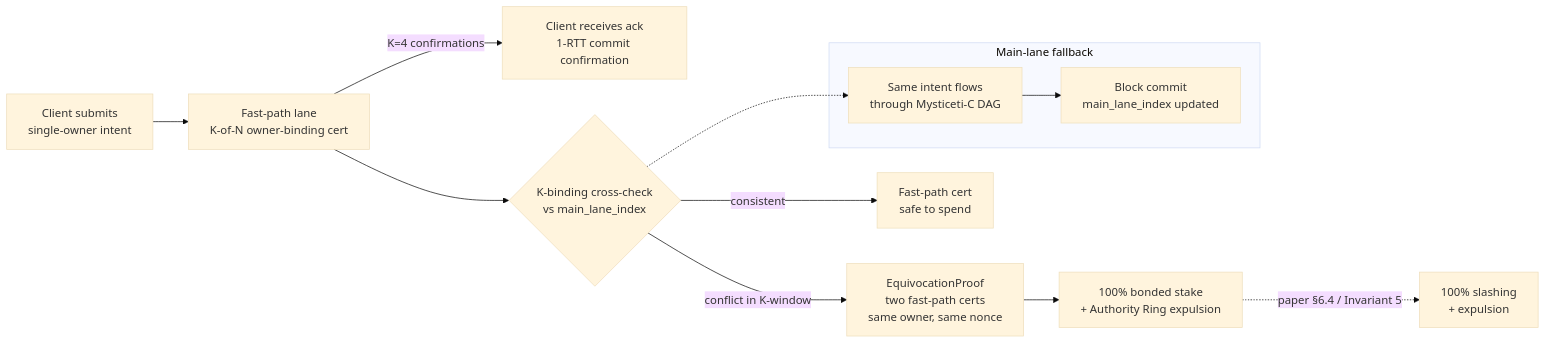
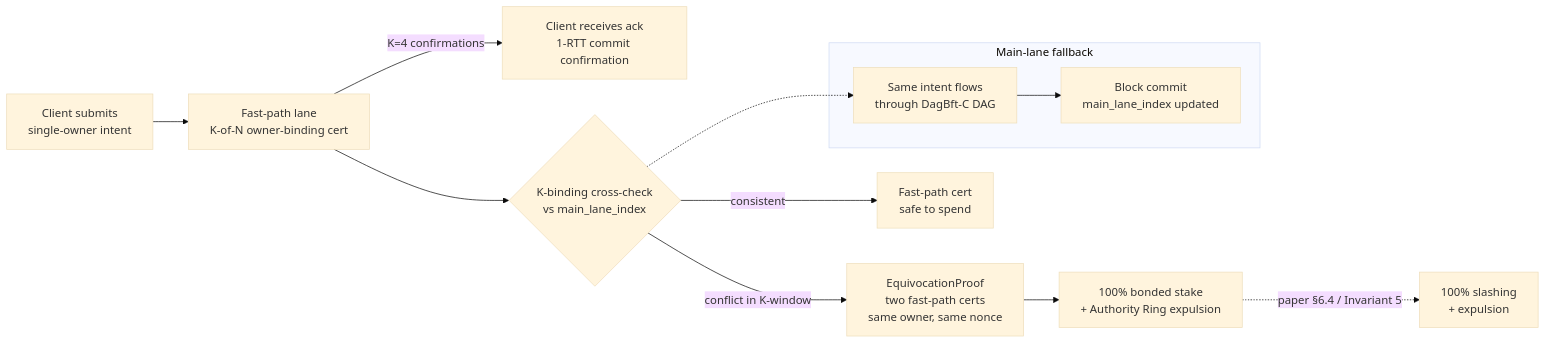
Before and after one commit to Suwappu-Labs/suwappu-dag: the diagram in docs/visuals/mermaid/fast-path-and-slashing.md, drawn with Mermaid (base theme). The commit also changed 59 other files, not shown here.

````diff
--- a/docs/visuals/mermaid/fast-path-and-slashing.md
+++ b/docs/visuals/mermaid/fast-path-and-slashing.md
@@ -7,15 +7,15 @@
 ```mermaid
 flowchart LR
     Client["Client submits<br/>single-owner intent"] --> Lane["Fast-path lane<br/>K-of-N owner-binding cert"]
     Lane -->|"K=4 confirmations"| Ack["Client receives ack<br/>1-RTT commit confirmation"]
     Lane --> Cross{"K-binding cross-check<br/>vs main_lane_index"}
     Cross -->|"consistent"| Final["Fast-path cert<br/>safe to spend"]
     Cross -->|"conflict in K-window"| Equiv["EquivocationProof<br/>two fast-path certs<br/>same owner, same nonce"]
     Equiv --> Slash["100% bonded stake<br/>+ Authority Ring expulsion"]
     subgraph MainLane ["Main-lane fallback"]
-      MLane["Same intent flows<br/>through Mysticeti-C DAG"]
+      MLane["Same intent flows<br/>through DagBft-C DAG"]
       MLane --> Commit["Block commit<br/>main_lane_index updated"]
     end
     Cross -.-> MLane
     Slash -.->|"paper §6.4 / Invariant 5"| Inv["100% slashing<br/>+ expulsion"]
 ```
````
